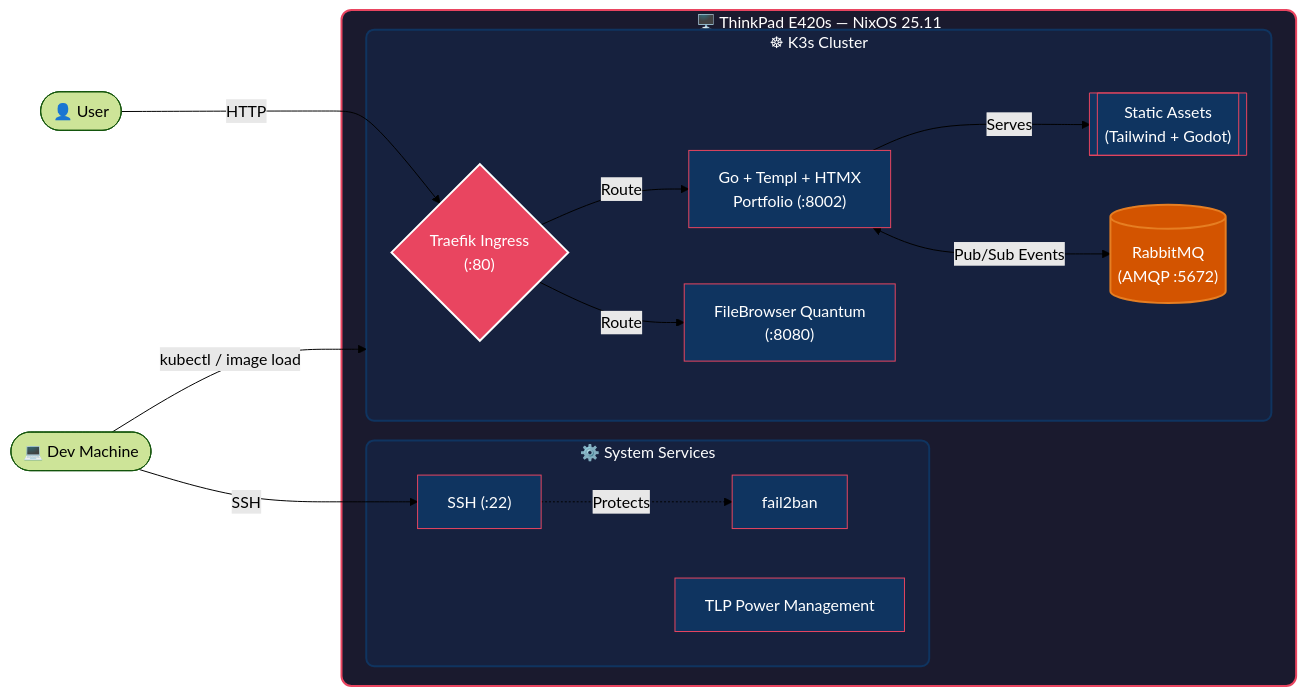
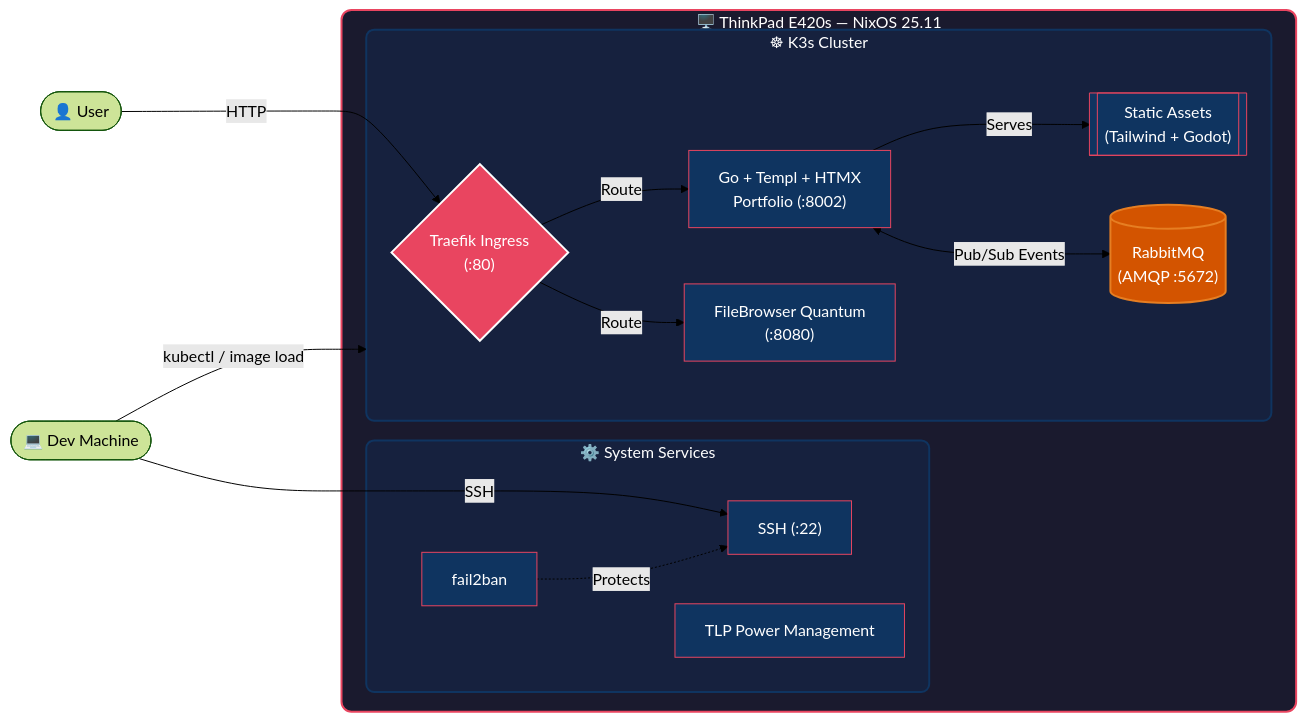
The diagram in README.md (erlint1212/portfolio-website), drawn with Mermaid (forest theme) before and after one commit.

Commit message:
Small README graph fix

````diff
--- a/README.md
+++ b/README.md
@@ -13,54 +13,54 @@
 ```mermaid
 graph LR
     %% External Actors
     User([👤 User])
     Dev([💻 Dev Machine])
 
     subgraph ThinkPad["🖥️ ThinkPad E420s — NixOS 25.11"]
         
         subgraph System["⚙️ System Services"]
             SSH["SSH (:22)"]
             Fail2Ban["fail2ban"]
             TLP["TLP Power Management"]
         end
 
         subgraph K3s["☸ K3s Cluster"]
             Ingress{"Traefik Ingress\n(:80)"}
             
             Portfolio["Go + Templ + HTMX\nPortfolio (:8002)"]
             FileBrowser["FileBrowser Quantum\n(:8080)"]
             Static[["Static Assets\n(Tailwind + Godot)"]]
             RabbitMQ[("RabbitMQ\n(AMQP :5672)")]
         end
     end
 
     %% External Traffic
     User -->|HTTP| Ingress
     
     %% Internal Routing
     Ingress -->|Route| Portfolio
     Ingress -->|Route| FileBrowser
     
     %% App Dependencies
     Portfolio -->|Serves| Static
     Portfolio <-->|Pub/Sub Events| RabbitMQ
 
     %% Dev & Admin Operations
     Dev -->|SSH| SSH
     Dev -->|kubectl / image load| K3s
-    SSH -.->|Protects| Fail2Ban
+    Fail2Ban -.->|Protects| SSH
 
     %% Styling Definitions
     classDef host fill:#1a1a2e,stroke:#e94560,stroke-width:2px,color:#fff,rx:10,ry:10;
     classDef env fill:#16213e,stroke:#0f3460,stroke-width:2px,color:#fff,rx:8,ry:8;
     classDef app fill:#0f3460,stroke:#e94560,stroke-width:1px,color:#fff;
     classDef gateway fill:#e94560,stroke:#fff,stroke-width:2px,color:#fff;
     classDef queue fill:#d35400,stroke:#e67e22,stroke-width:2px,color:#fff;
 
     %% Apply Styles
     class ThinkPad host;
     class K3s,System env;
     class Portfolio,FileBrowser,Static,SSH,Fail2Ban,TLP app;
     class Ingress gateway;
     class RabbitMQ queue;
 ```
````
